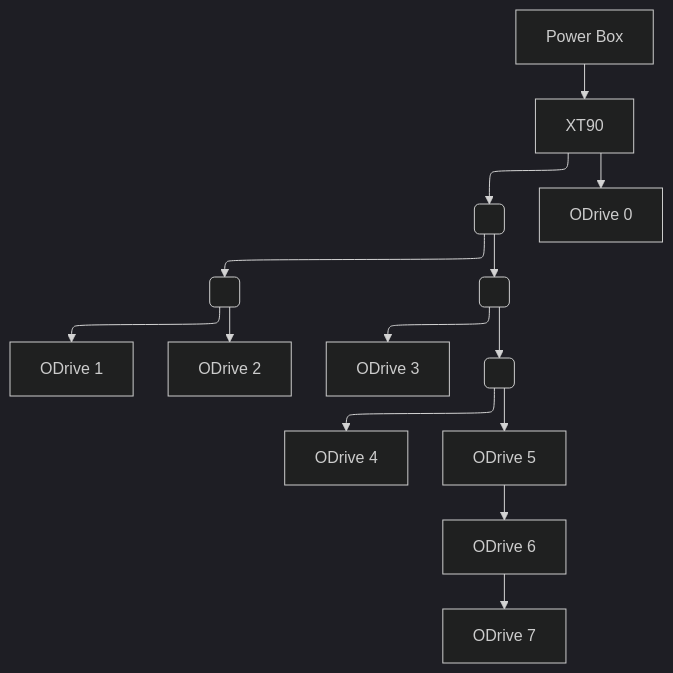
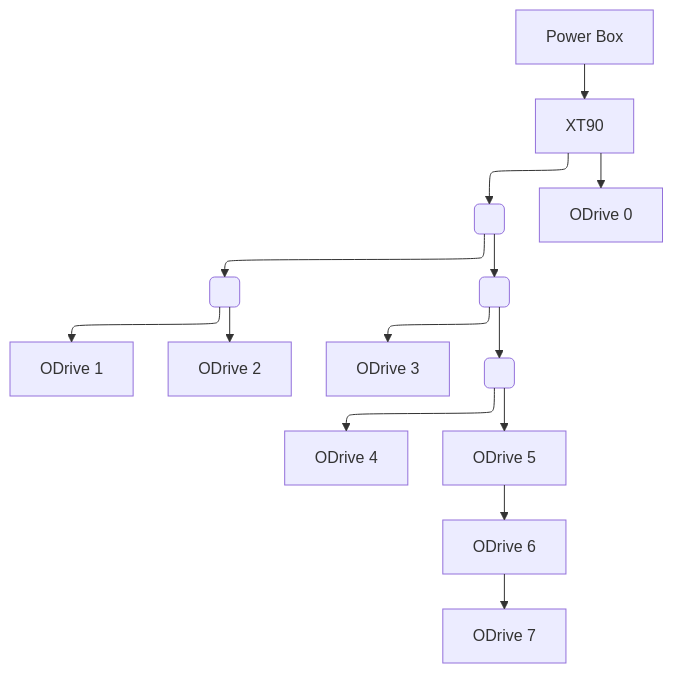
Before and after one commit to JesseDarr/dARM: the second of 2 diagrams in README.md, drawn with Mermaid.

````diff
--- a/README.md
+++ b/README.md
@@ -176,17 +176,17 @@
 ```mermaid
-%%{ init: { "theme": "dark", "layout": "elk" } }%%
+%%{ init: { "flowchart": { "defaultRenderer": "elk" } } }%%
 graph TD
     PowerBox[Power Box] --> XT90[XT90]
     XT90 --> T0( )
     XT90 --> ODrive0[ODrive 0]
     T0 --> T1( )
     T0 --> T2( )
     T1 --> ODrive1[ODrive 1]
     T1 --> ODrive2[ODrive 2]
     T2 --> ODrive3[ODrive 3]
     T2 --> T3( )
     T3 --> ODrive4[ODrive 4]
     T3 --> ODrive5[ODrive 5]
     ODrive5 --> ODrive6[ODrive 6]
     ODrive6 --> ODrive7[ODrive 7]
 ```
````
